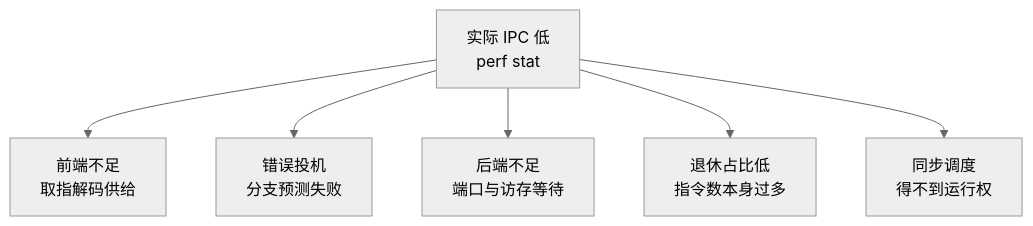
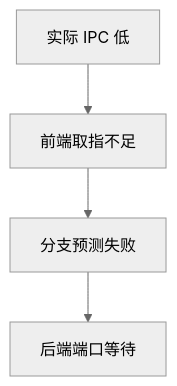
Before and after one commit to hub138/technical-knowledge: the second of 3 diagrams in vault/工程知识/性能工程：从用户等待到资源瓶颈/处理器与内存/CPU性能来自有效执行与数据供给.md, drawn with Mermaid (neutral theme). The commit also changed other lines of this file and 622 other files, not shown here.

````diff
--- a/vault/工程知识/性能工程：从用户等待到资源瓶颈/处理器与内存/CPU性能来自有效执行与数据供给.md
+++ b/vault/工程知识/性能工程：从用户等待到资源瓶颈/处理器与内存/CPU性能来自有效执行与数据供给.md
@@ -51,8 +51,6 @@
 ```mermaid
-flowchart TB
-    a["实际 IPC 低<br/>perf stat"] --> b1["前端不足<br/>取指解码供给"]
-    a --> b2["错误投机<br/>分支预测失败"]
-    a --> b3["后端不足<br/>端口与访存等待"]
-    a --> b4["退休占比低<br/>指令数本身过多"]
-    a --> b5["同步调度<br/>得不到运行权"]
+flowchart TD
+    a["实际 IPC 低"] --> b1["前端取指不足"]
+    b1 --> b2["分支预测失败"]
+    b2 --> b3["后端端口等待"]
 ```
````
